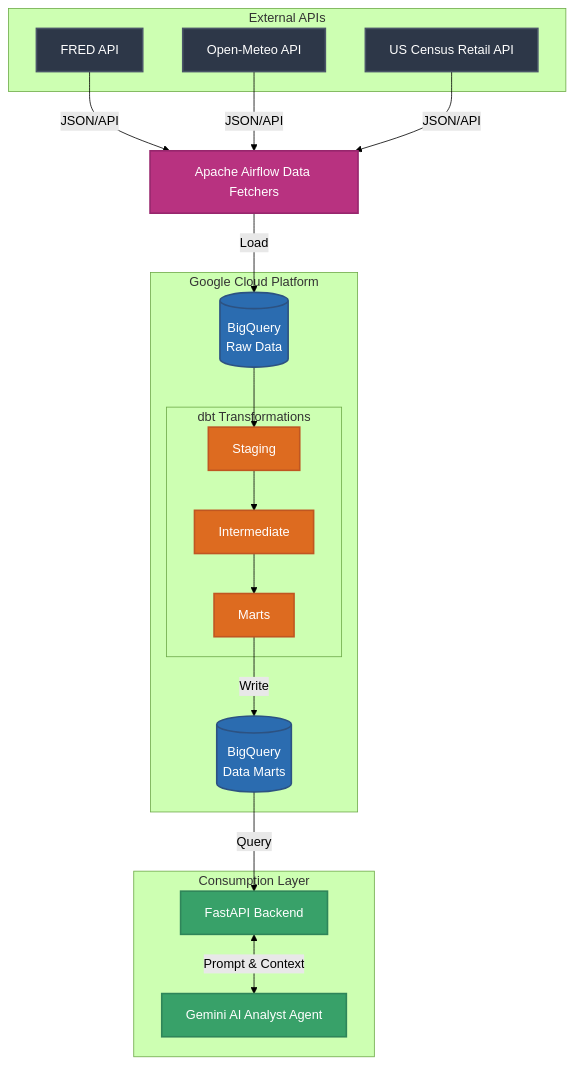
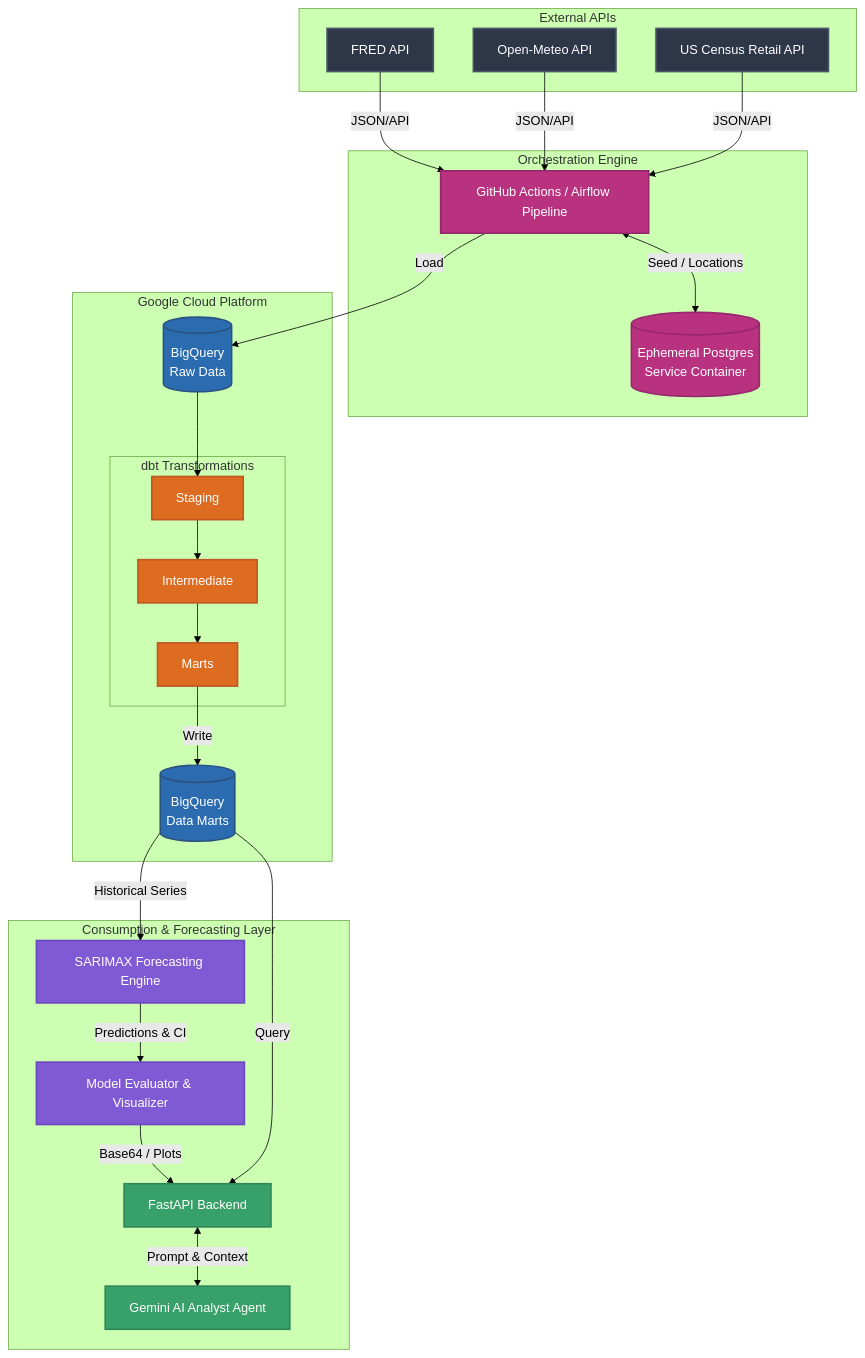
One commit to AaronVillegas5/macro-data-pipeline changed the diagram in README.md. Above: the diagram before and after it, drawn with Mermaid (forest theme). The commit also changed other lines of this file and 3 other files, not shown here.

Commit message:
docs: document SARIMAX forecasting engine, update README & .env.example, fix test_steps=0 bug

````diff
--- a/README.md
+++ b/README.md
@@ -65,44 +67,54 @@
 ```mermaid
 graph TD
     %% Styling
     classDef source fill:#2d3748,stroke:#4a5568,stroke-width:2px,color:#fff;
-    classDef airflow fill:#b83280,stroke:#97266d,stroke-width:2px,color:#fff;
+    classDef actions fill:#b83280,stroke:#97266d,stroke-width:2px,color:#fff;
     classDef bigquery fill:#2b6cb0,stroke:#2c5282,stroke-width:2px,color:#fff;
     classDef dbt fill:#dd6b20,stroke:#c05621,stroke-width:2px,color:#fff;
     classDef app fill:#38a169,stroke:#2f855a,stroke-width:2px,color:#fff;
+    classDef ml fill:#805ad5,stroke:#6b46c1,stroke-width:2px,color:#fff;
 
     %% Nodes and Subgraphs
     subgraph External["External APIs"]
         A[FRED API]:::source
         B[Open-Meteo API]:::source
         K[US Census Retail API]:::source
     end
 
-    C[Apache Airflow Data Fetchers]:::airflow
+    subgraph CI["Orchestration Engine"]
+        C[GitHub Actions / Airflow Pipeline]:::actions
+        L[(Ephemeral Postgres<br/>Service Container)]:::actions
+    end
 
     subgraph GCP["Google Cloud Platform"]
         D[(BigQuery<br/>Raw Data)]:::bigquery
         
         subgraph DBT["dbt Transformations"]
             E[Staging]:::dbt --> F[Intermediate]:::dbt
             F --> G[Marts]:::dbt
         end
         
         H[(BigQuery<br/>Data Marts)]:::bigquery
     end
 
-    subgraph Serving["Consumption Layer"]
+    subgraph Serving["Consumption & Forecasting Layer"]
         I[FastAPI Backend]:::app
         J[Gemini AI Analyst Agent]:::app
+        M[SARIMAX Forecasting Engine]:::ml
+        N[Model Evaluator & Visualizer]:::ml
     end
 
     %% Connections
     A -->|JSON/API| C
     B -->|JSON/API| C
     K -->|JSON/API| C
+    C <-->|Seed / Locations| L
     C -->|Load| D
     D --> E
     G -->|Write| H
+    H -->|Historical Series| M
+    M -->|Predictions & CI| N
+    N -->|Base64 / Plots| I
     H -->|Query| I
     I <-->|Prompt & Context| J
 ```
````
